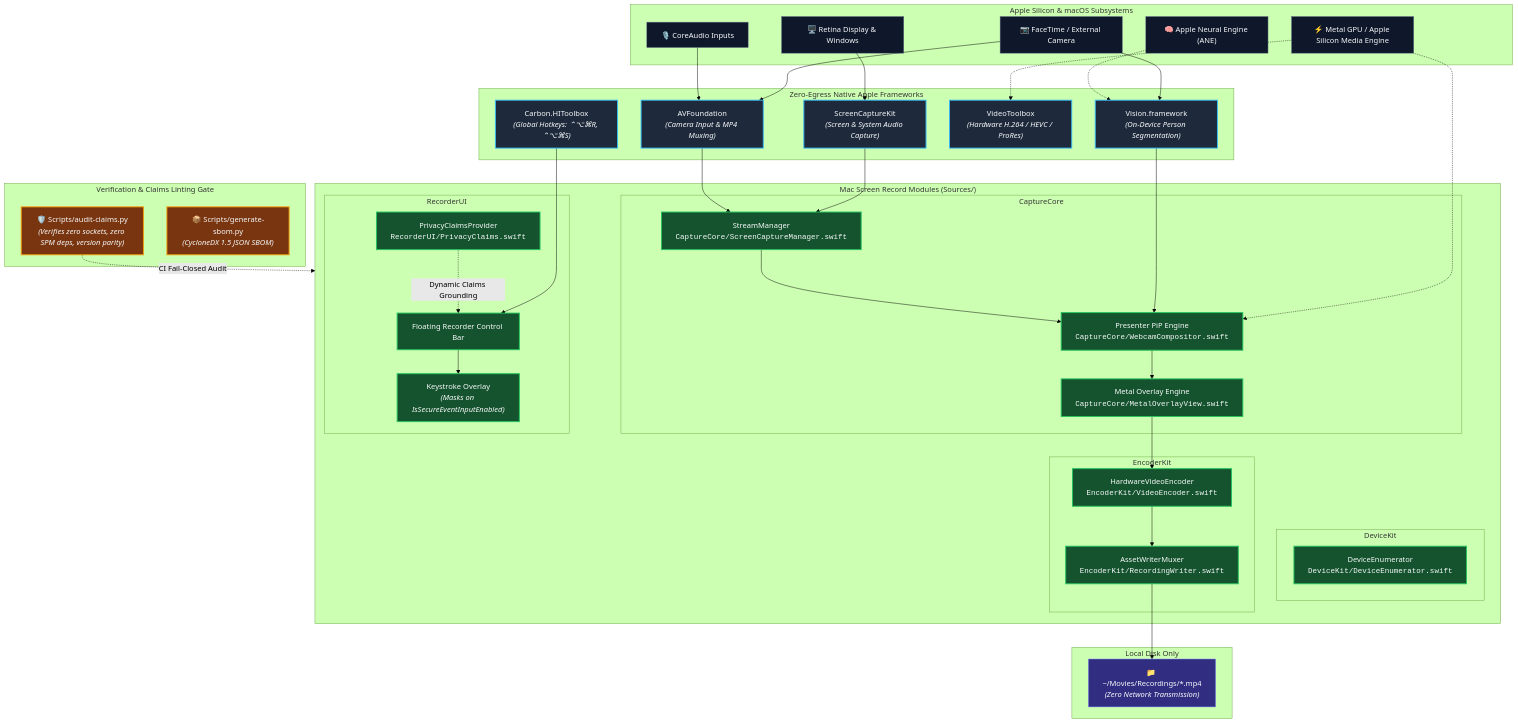
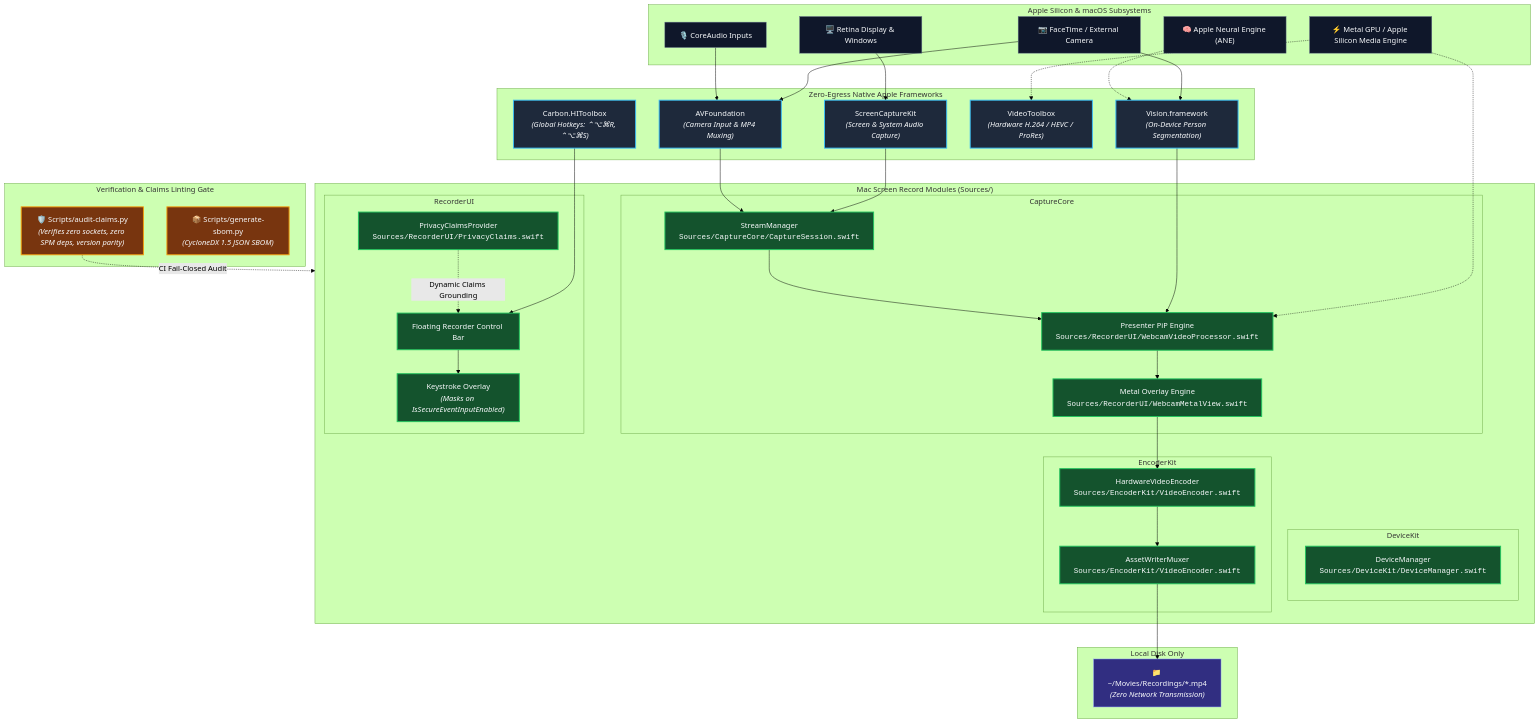
Before and after one commit to knowthankyew/mac-screen-record: the first of 2 diagrams in docs/ARCHITECTURE.md, drawn with Mermaid (forest theme). The commit also changed 1 other file, not shown here.

Commit message:
chore(claims): align architecture diagram paths and add vocabulary guardrail audit

```diff
--- a/docs/ARCHITECTURE.md
+++ b/docs/ARCHITECTURE.md
@@ -40,24 +40,24 @@
 
     subgraph AppArchitecture["Mac Screen Record Modules (Sources/)"]
         subgraph Capture["CaptureCore"]
-            StreamMgr["StreamManager<br/><code>CaptureCore/ScreenCaptureManager.swift</code>"]
-            PiPCompositor["Presenter PiP Engine<br/><code>CaptureCore/WebcamCompositor.swift</code>"]
-            OverlayMgr["Metal Overlay Engine<br/><code>CaptureCore/MetalOverlayView.swift</code>"]
+            StreamMgr["StreamManager<br/><code>Sources/CaptureCore/CaptureSession.swift</code>"]
+            PiPCompositor["Presenter PiP Engine<br/><code>Sources/RecorderUI/WebcamVideoProcessor.swift</code>"]
+            OverlayMgr["Metal Overlay Engine<br/><code>Sources/RecorderUI/WebcamMetalView.swift</code>"]
         end
 
         subgraph Devices["DeviceKit"]
-            DeviceEnum["DeviceEnumerator<br/><code>DeviceKit/DeviceEnumerator.swift</code>"]
+            DeviceEnum["DeviceManager<br/><code>Sources/DeviceKit/DeviceManager.swift</code>"]
         end
 
         subgraph Encoding["EncoderKit"]
-            HwEncoder["HardwareVideoEncoder<br/><code>EncoderKit/VideoEncoder.swift</code>"]
-            FileWriter["AssetWriterMuxer<br/><code>EncoderKit/RecordingWriter.swift</code>"]
+            HwEncoder["HardwareVideoEncoder<br/><code>Sources/EncoderKit/VideoEncoder.swift</code>"]
+            FileWriter["AssetWriterMuxer<br/><code>Sources/EncoderKit/VideoEncoder.swift</code>"]
         end
 
         subgraph Presentation["RecorderUI"]
             SwiftUIBar["Floating Recorder Control Bar"]
             KeystrokeView["Keystroke Overlay<br/><i>(Masks on IsSecureEventInputEnabled)</i>"]
-            PrivacyClaims["PrivacyClaimsProvider<br/><code>RecorderUI/PrivacyClaims.swift</code>"]
+            PrivacyClaims["PrivacyClaimsProvider<br/><code>Sources/RecorderUI/PrivacyClaims.swift</code>"]
         end
     end
 
```
